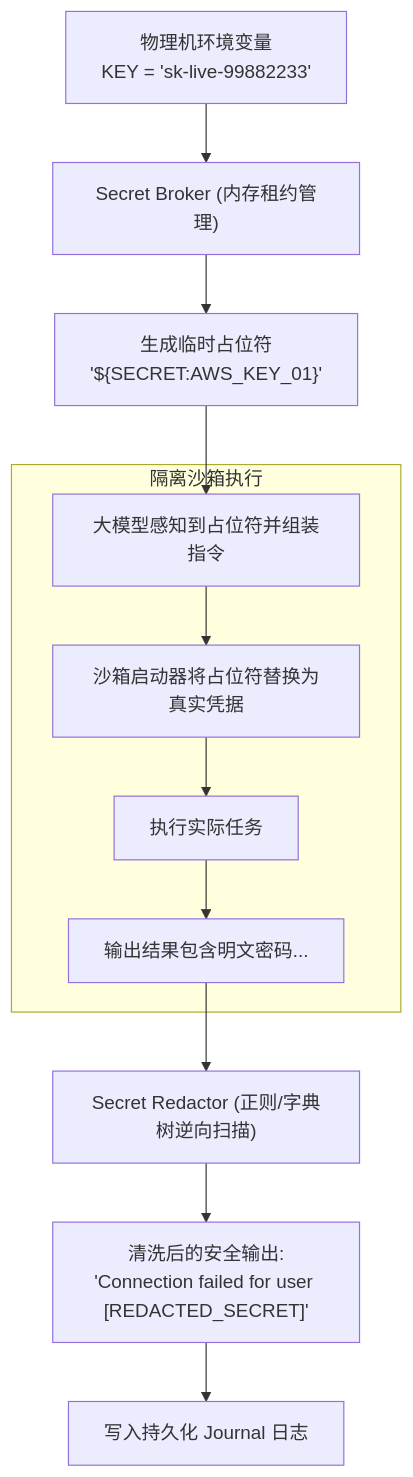
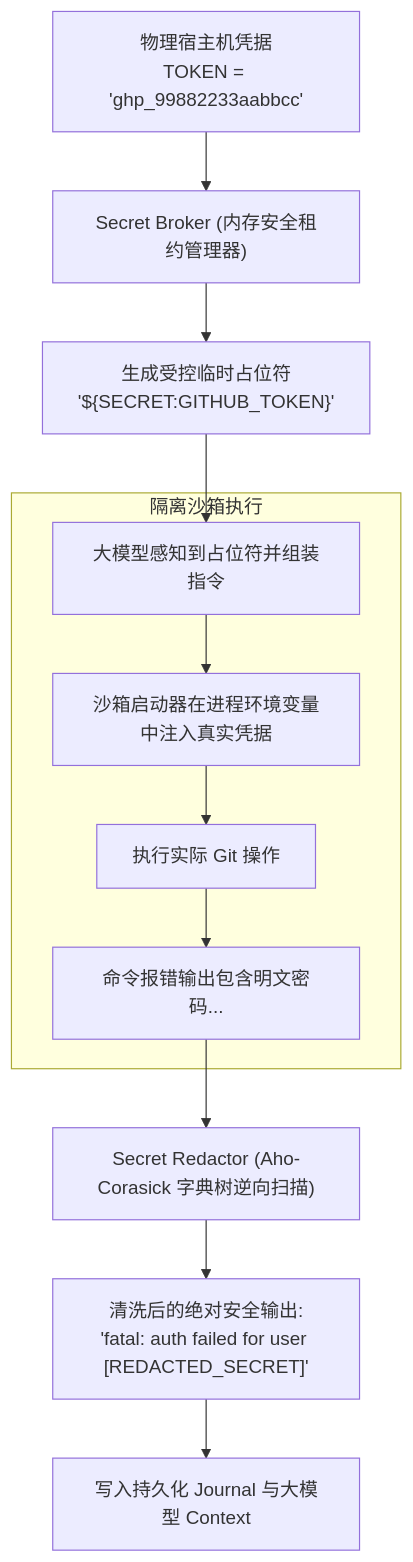
Before and after one commit to MoreConsequence/MoreConsequence.github.io: the second of 2 diagrams in content/posts/oract-03-security-boundary-and-bubblewrap.md, drawn with Mermaid. The commit also changed other lines of this file and 11 other files, not shown here.

````diff
--- a/content/posts/oract-03-security-boundary-and-bubblewrap.md
+++ b/content/posts/oract-03-security-boundary-and-bubblewrap.md
@@ -76,16 +102,16 @@
 ```mermaid
 flowchart TD
-    EnvSecret["物理机环境变量<br/>KEY = 'sk-live-99882233'"] --> Broker["Secret Broker (内存租约管理)"]
-    Broker --> Mask["生成临时占位符<br/>'${SECRET:AWS_KEY_01}'"]
+    HostSecret["物理宿主机凭据<br/>TOKEN = 'ghp_99882233aabbcc'"] --> Broker["Secret Broker (内存安全租约管理器)"]
+    Broker --> Mask["生成受控临时占位符<br/>'${SECRET:GITHUB_TOKEN}'"]
     Mask --> Model["大模型感知到占位符并组装指令"]
     
     subgraph SandboxExec["隔离沙箱执行"]
-        Model --> Injector["沙箱启动器将占位符替换为真实凭据"]
-        Injector --> RunCmd["执行实际任务"]
-        RunCmd --> Output["输出结果包含明文密码..."]
+        Model --> Runner["沙箱启动器在进程环境变量中注入真实凭据"]
+        Runner --> RunCmd["执行实际 Git 操作"]
+        RunCmd --> Output["命令报错输出包含明文密码..."]
     end
     
-    Output --> Redactor["Secret Redactor (正则/字典树逆向扫描)"]
-    Redactor --> CleanOutput["清洗后的安全输出:<br/>'Connection failed for user [REDACTED_SECRET]'"]
-    CleanOutput --> Journal["写入持久化 Journal 日志"]
+    Output --> Redactor["Secret Redactor (Aho-Corasick 字典树逆向扫描)"]
+    Redactor --> CleanOutput["清洗后的绝对安全输出:<br/>'fatal: auth failed for user [REDACTED_SECRET]'"]
+    CleanOutput --> Journal["写入持久化 Journal 与大模型 Context"]
 ```
````
